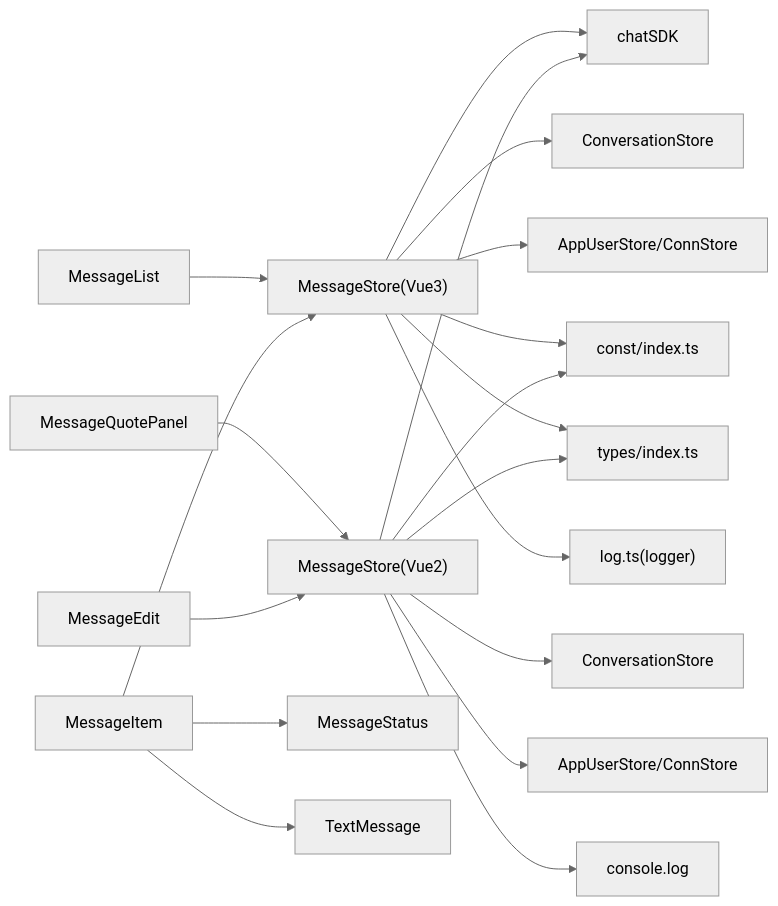
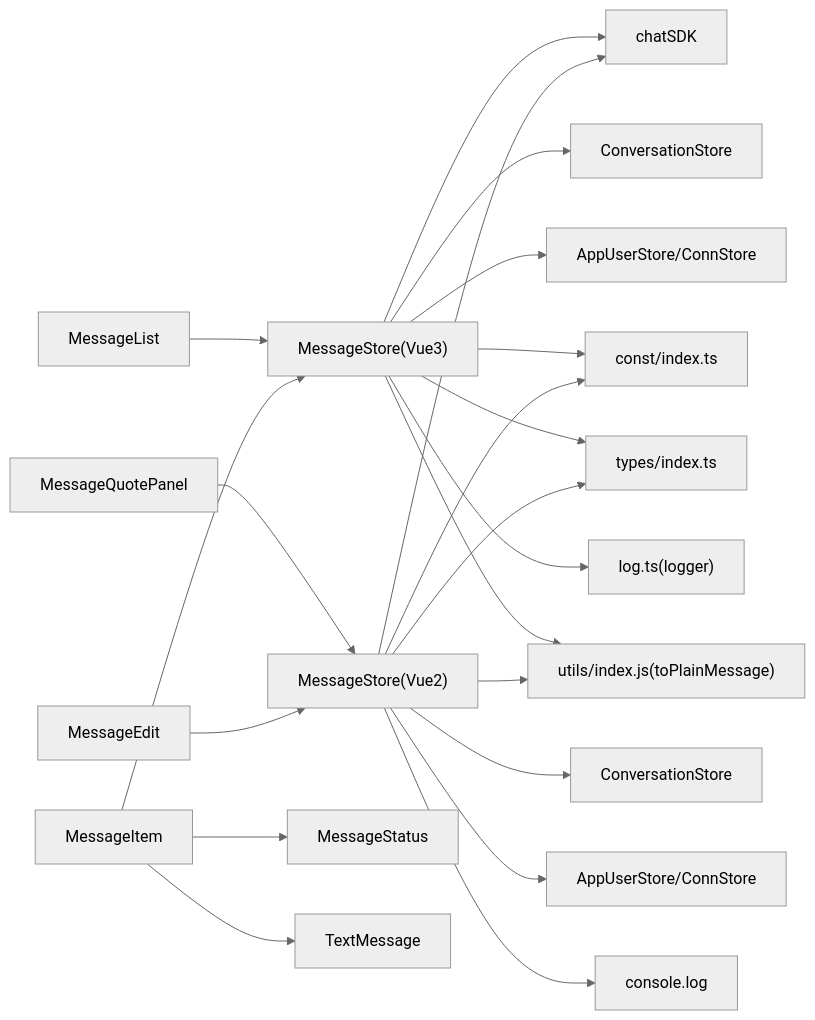
Diagram 11 of 11 in .qoder/repowiki/zh/content/状态管理系统/消息状态管理.md (Easemob-Community/easemob-uikit-uniapp-community), drawn with Mermaid (neutral theme) before and after one commit. The commit also changed other lines of this file and 10 other files, not shown here.

````diff
--- a/.qoder/repowiki/zh/content/状态管理系统/消息状态管理.md
+++ b/.qoder/repowiki/zh/content/状态管理系统/消息状态管理.md
@@ -517,21 +590,23 @@
 ```mermaid
 graph LR
 MS["MessageStore(Vue3)"] --> SDK["chatSDK"]
 MS --> CS["ConversationStore"]
 MS --> US["AppUserStore/ConnStore"]
 MS --> CT["const/index.ts"]
 MS --> TP["types/index.ts"]
 MS --> LOG["log.ts(logger)"]
+MS --> TM["utils/index.js(toPlainMessage)"]
 VMS["MessageStore(Vue2)"] --> SDK
 VMS --> VCS["ConversationStore"]
 VMS --> VUS["AppUserStore/ConnStore"]
 VMS --> CT
 VMS --> TP
 VMS --> CON["console.log"]
+VMS --> TM
 ML["MessageList"] --> MS
 MI["MessageItem"] --> MS
 MI --> ST["MessageStatus"]
 MI --> TX["TextMessage"]
 QE["MessageQuotePanel"] --> VMS
 ED["MessageEdit"] --> VMS
 ```
````
